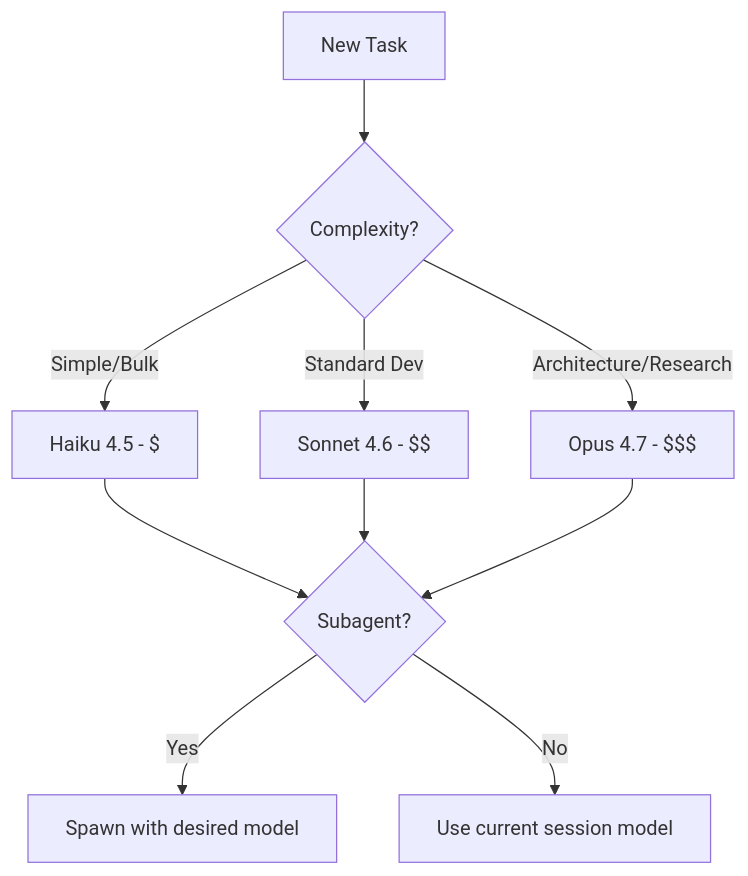
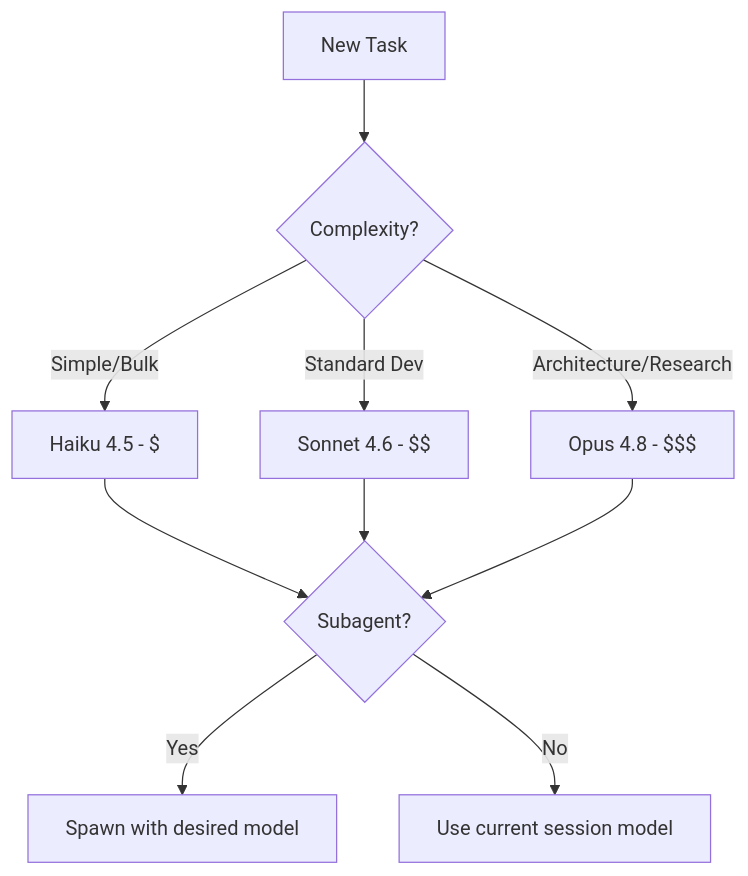
The diagram in BIBLE.md (KevinZai/commander), drawn with Mermaid before and after one commit. The commit also changed other lines of this file and 50 other files, not shown here.

````diff
--- a/BIBLE.md
+++ b/BIBLE.md
@@ -2306,12 +2306,12 @@
 ```mermaid
 graph TD
     A[New Task] --> B{Complexity?}
     B -->|Simple/Bulk| C[Haiku 4.5 - $]
     B -->|Standard Dev| D[Sonnet 4.6 - $$]
-    B -->|Architecture/Research| E[Opus 4.7 - $$$]
+    B -->|Architecture/Research| E[Opus 4.8 - $$$]
     C --> F{Subagent?}
     D --> F
     E --> F
     F -->|Yes| G[Spawn with desired model]
     F -->|No| H[Use current session model]
 ```
````
